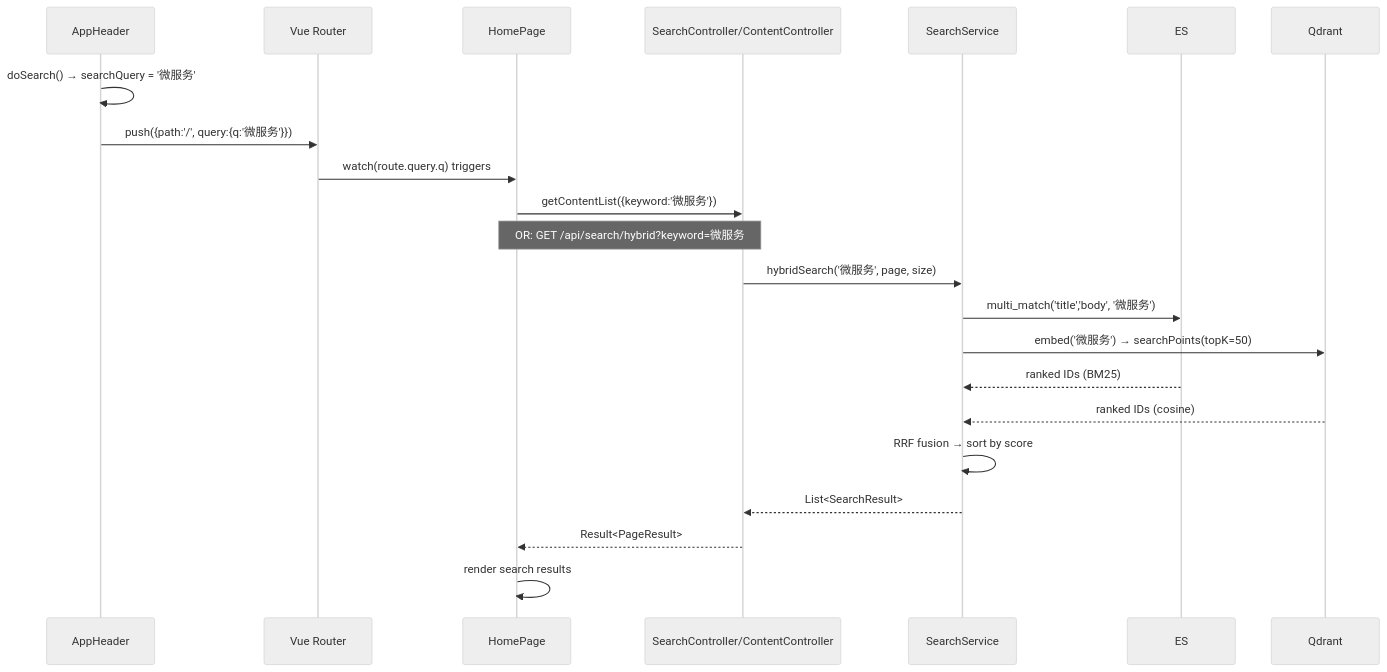
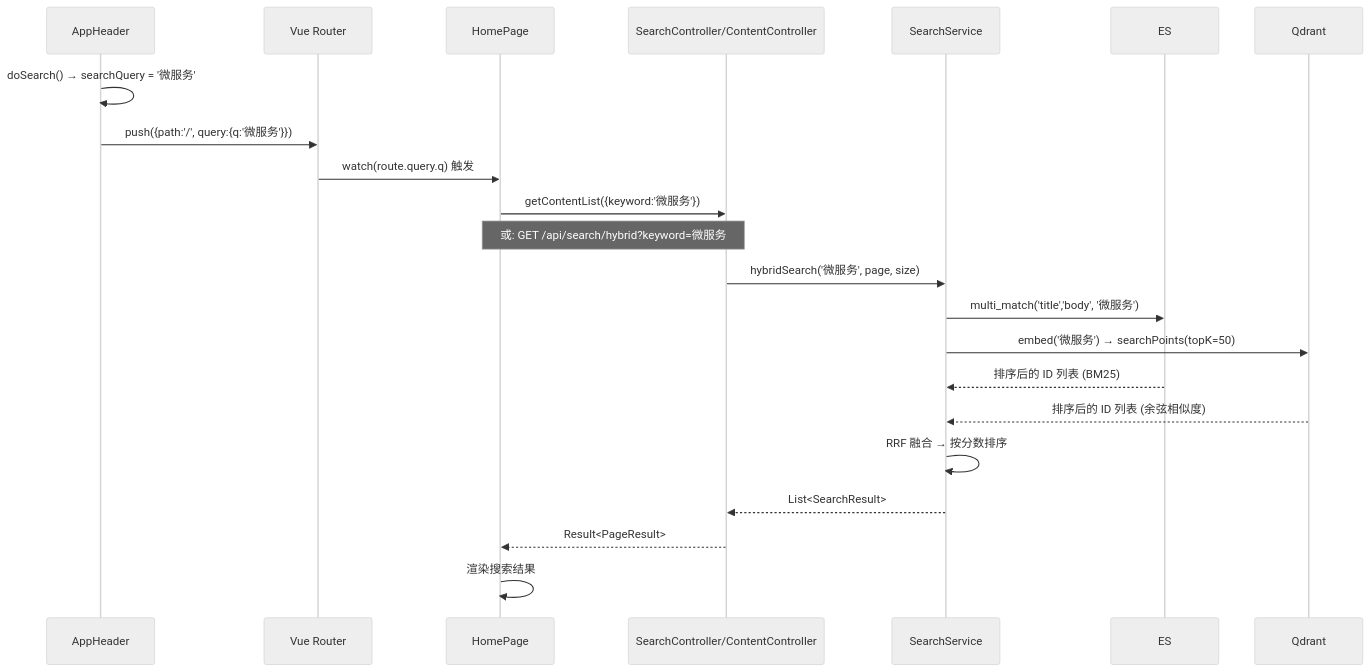
The eighth of 12 diagrams in docs/design/architecture-and-design.md (JiongJiongP/knowledge-share), drawn with Mermaid (neutral theme) before and after one commit. The commit also changed other lines of this file, not shown here.

Commit message:
docs: translate architecture design document to Chinese

````diff
--- a/docs/design/architecture-and-design.md
+++ b/docs/design/architecture-and-design.md
@@ -345,25 +345,25 @@
 ```mermaid
 sequenceDiagram
     participant Header as AppHeader
     participant Router as Vue Router
     participant Home as HomePage
     participant Ctrl as SearchController/ContentController
     participant Search as SearchService
     participant ES
     participant Qdrant
 
     Header->>Header: doSearch() → searchQuery = '微服务'
     Header->>Router: push({path:'/', query:{q:'微服务'}})
-    Router->>Home: watch(route.query.q) triggers
+    Router->>Home: watch(route.query.q) 触发
     Home->>Ctrl: getContentList({keyword:'微服务'})
-    Note over Ctrl,Home: OR: GET /api/search/hybrid?keyword=微服务
+    Note over Ctrl,Home: 或: GET /api/search/hybrid?keyword=微服务
     Ctrl->>Search: hybridSearch('微服务', page, size)
     Search->>ES: multi_match('title','body', '微服务')
     Search->>Qdrant: embed('微服务') → searchPoints(topK=50)
-    ES-->>Search: ranked IDs (BM25)
-    Qdrant-->>Search: ranked IDs (cosine)
-    Search->>Search: RRF fusion → sort by score
+    ES-->>Search: 排序后的 ID 列表 (BM25)
+    Qdrant-->>Search: 排序后的 ID 列表 (余弦相似度)
+    Search->>Search: RRF 融合 → 按分数排序
     Search-->>Ctrl: List<SearchResult>
     Ctrl-->>Home: Result<PageResult>
-    Home->>Home: render search results
+    Home->>Home: 渲染搜索结果
 ```
````
